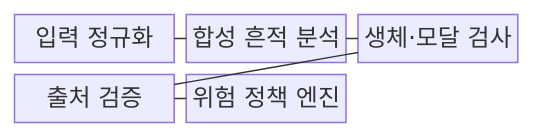
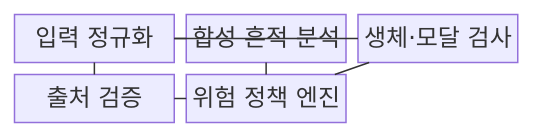
One commit to agnusdei1207/knowledge-base changed the first of 2 diagrams in src/content/docs/notes/05-security/092_deepfake_detection.md. Above: the diagram before and after it, drawn with Mermaid. The commit also changed other lines of this file and 20 other files, not shown here.

````diff
--- a/src/content/docs/notes/05-security/092_deepfake_detection.md
+++ b/src/content/docs/notes/05-security/092_deepfake_detection.md
@@ -57,13 +57,15 @@
 ```mermaid
 block-beta
   columns 3
   A["입력 정규화"]
   B["합성 흔적 분석"]
   C["생체·모달 검사"]
   D["출처 검증"]
   E["위험 정책 엔진"]
   A --- B
-  B --- C
-  C --- D
+  A --- C
+  A --- D
+  B --- E
+  C --- E
   D --- E
 ```
````
